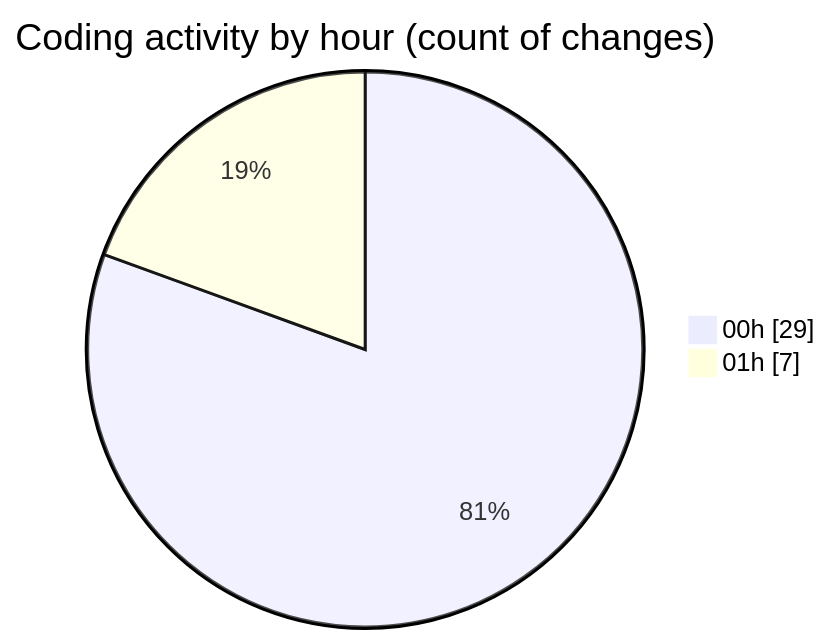
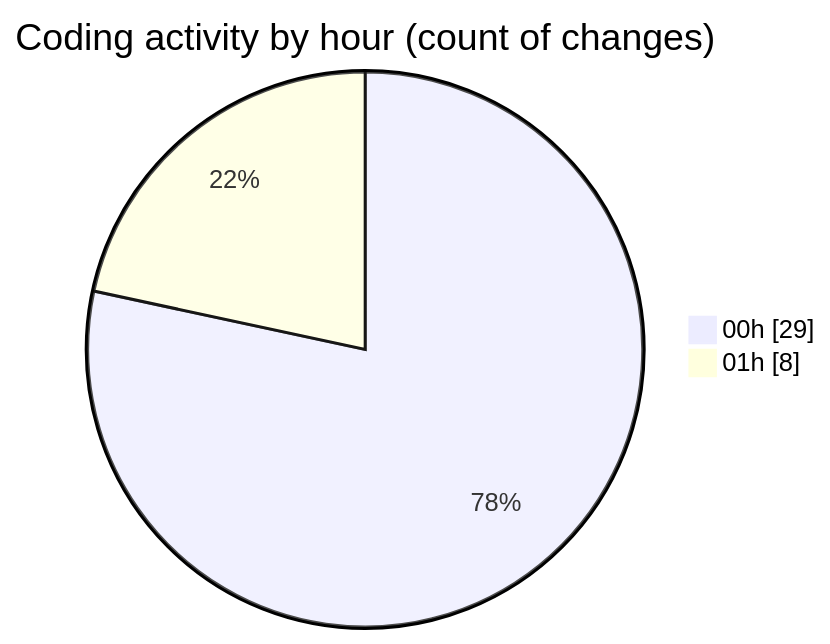
One commit to nxtqubesakshisongat/code-tracking changed the second of 2 diagrams in 2026-02-22/nxtqube_webapp/README.md. Above: the diagram before and after it, drawn with Mermaid. The commit also changed other lines of this file and 1 other file, not shown here.

````diff
--- a/2026-02-22/nxtqube_webapp/README.md
+++ b/2026-02-22/nxtqube_webapp/README.md
@@ -28,6 +30,6 @@
 ```mermaid
 pie showData
 title Coding activity by hour (count of changes)
 "00h" : 29
-"01h" : 7
+"01h" : 8
 ```
````
